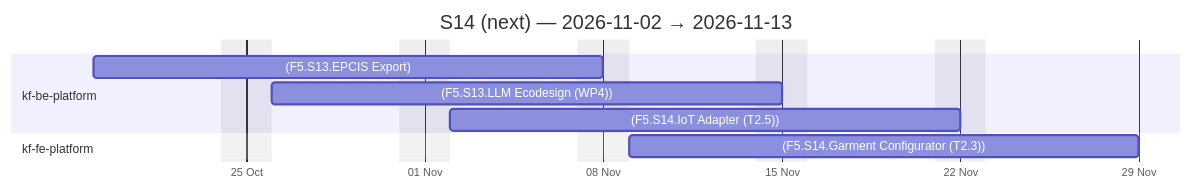
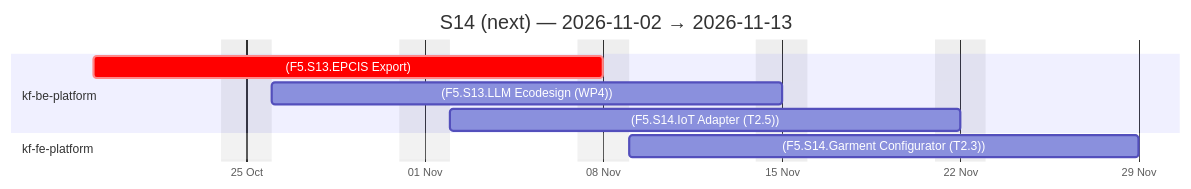
Before and after one commit to Katty-Fashion/kf-cpto: the fourth of 4 diagrams in agile-sprints.md, drawn with Mermaid. The commit also changed other lines of this file and 32 other files, not shown here.

````diff
--- a/agile-sprints.md
+++ b/agile-sprints.md
@@ -96,14 +96,14 @@
 ```mermaid
 gantt
     title S14 (next) — 2026-11-02 → 2026-11-13
     dateFormat YYYY-MM-DD
     axisFormat %d %b
     excludes weekends
 
     section kf-be-platform
-    (F5.S13.EPCIS Export) :2026-10-19, 2026-11-08
+    (F5.S13.EPCIS Export) :crit, 2026-10-19, 2026-11-08
     (F5.S13.LLM Ecodesign (WP4)) :2026-10-26, 2026-11-15
     (F5.S14.IoT Adapter (T2.5)) :2026-11-02, 2026-11-22
     section kf-fe-platform
     (F5.S14.Garment Configurator (T2.3)) :2026-11-09, 2026-11-29
 ```
````
